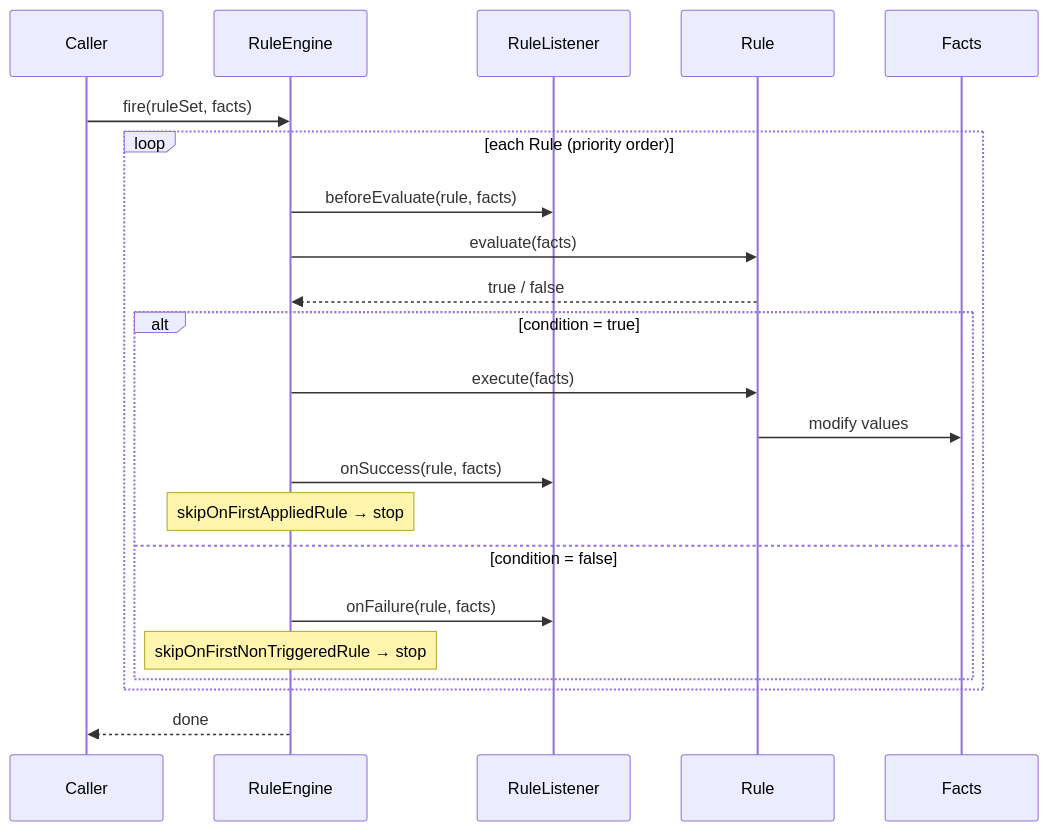
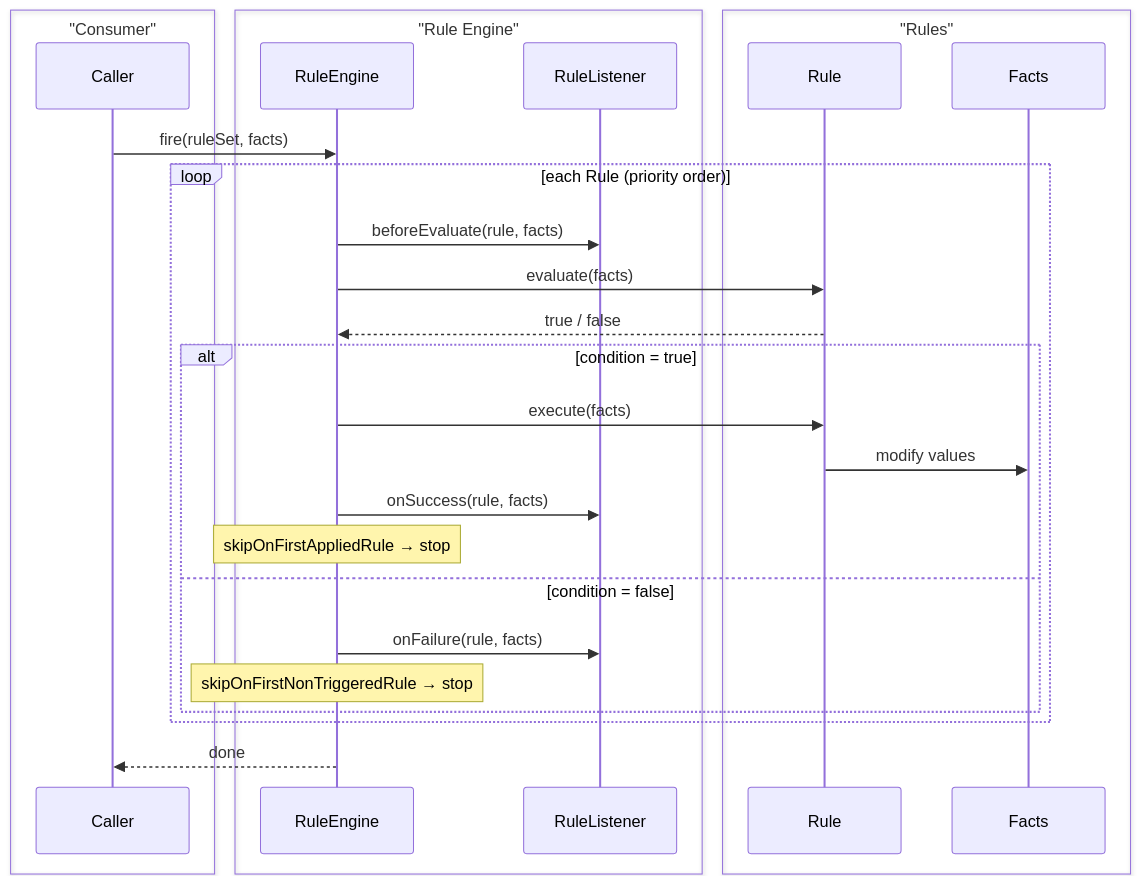
One commit to bluetape4k/bluetape4k-projects changed the fifth of 8 diagrams in utils/rule-engine/README.md. Above: the diagram before and after it, drawn with Mermaid. The commit also changed other lines of this file and 221 other files, not shown here.

First line of the commit message:
docs: 전체 모듈 README UML 다이어그램 보강 및 색상 업그레이드

````diff
--- a/utils/rule-engine/README.md
+++ b/utils/rule-engine/README.md
@@ -171,27 +201,33 @@
 ```mermaid
 sequenceDiagram
+    box "Consumer" #E8F5E9
     participant Caller
+    end
+    box "Rule Engine" #E3F2FD
     participant RuleEngine
     participant RuleListener
+    end
+    box "Rules" #FFF3E0
     participant Rule
     participant Facts
+    end
     Caller ->> RuleEngine: fire(ruleSet, facts)
 
     loop each Rule (priority order)
         RuleEngine ->> RuleListener: beforeEvaluate(rule, facts)
         RuleEngine ->> Rule: evaluate(facts)
         Rule -->> RuleEngine: true / false
 
         alt condition = true
             RuleEngine ->> Rule: execute(facts)
             Rule ->> Facts: modify values
             RuleEngine ->> RuleListener: onSuccess(rule, facts)
             Note over RuleEngine: skipOnFirstAppliedRule → stop
         else condition = false
             RuleEngine ->> RuleListener: onFailure(rule, facts)
             Note over RuleEngine: skipOnFirstNonTriggeredRule → stop
         end
     end
 
     RuleEngine -->> Caller: done
 ```
````
